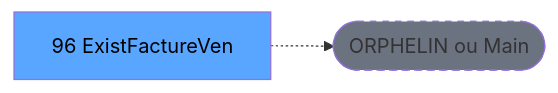
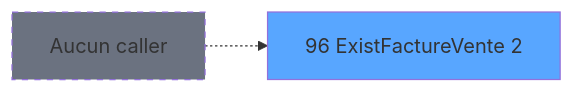
Before and after one commit to thonyAGP/lecteur-magic: the second of 3 diagrams in .openspec/specs/ADH-IDE-96.md, drawn with Mermaid. The commit also changed other lines of this file and 96 other files, not shown here.

````diff
--- a/.openspec/specs/ADH-IDE-96.md
+++ b/.openspec/specs/ADH-IDE-96.md
@@ -120,8 +172,8 @@
 ```mermaid
 graph LR
-    T[96 ExistFactureVen]
-    ORPHAN([ORPHELIN ou Main])
-    T -.-> ORPHAN
-    style T fill:#58a6ff,color:#000
-    style ORPHAN fill:#6b7280,stroke-dasharray: 5 5
+    T96[96 ExistFactureVente 2]
+    style T96 fill:#58a6ff
+    NONE[Aucun caller]
+    NONE -.-> T96
+    style NONE fill:#6b7280,stroke-dasharray: 5 5
 ```
````
